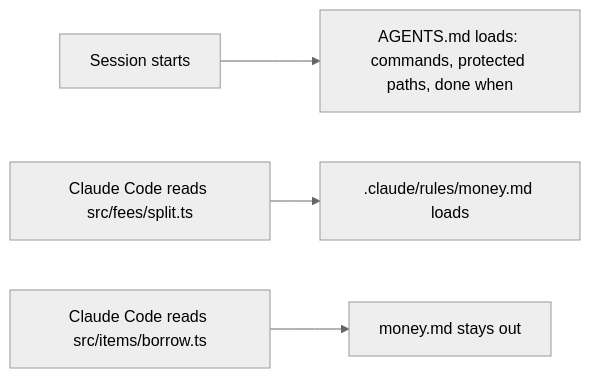
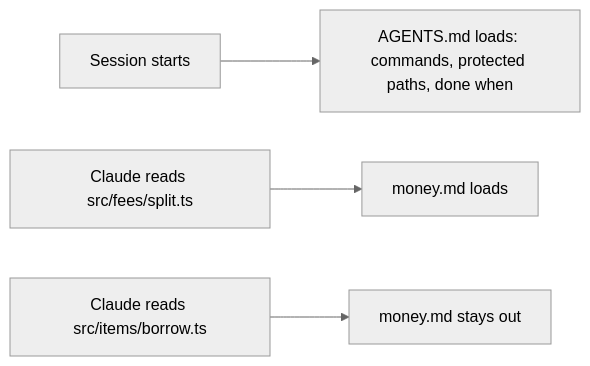
The diagram in parts/02-teach-the-repo/02-add-a-path-rule/problem/README.md (learnwithparam/software-factory-claude-code), drawn with Mermaid (neutral theme) before and after one commit. The commit also changed other lines of this file and 3 other files, not shown here.

````diff
--- a/parts/02-teach-the-repo/02-add-a-path-rule/problem/README.md
+++ b/parts/02-teach-the-repo/02-add-a-path-rule/problem/README.md
@@ -12,6 +26,6 @@
 ```mermaid
 flowchart LR
   S[Session starts] --> A[AGENTS.md loads: commands, protected paths, done when]
-  R1[Claude Code reads src/fees/split.ts] --> M[.claude/rules/money.md loads]
-  R2[Claude Code reads src/items/borrow.ts] --> N[money.md stays out]
+  S2[Claude reads src/fees/split.ts] --> M[money.md loads]
+  S3[Claude reads src/items/borrow.ts] --> N[money.md stays out]
 ```
````
